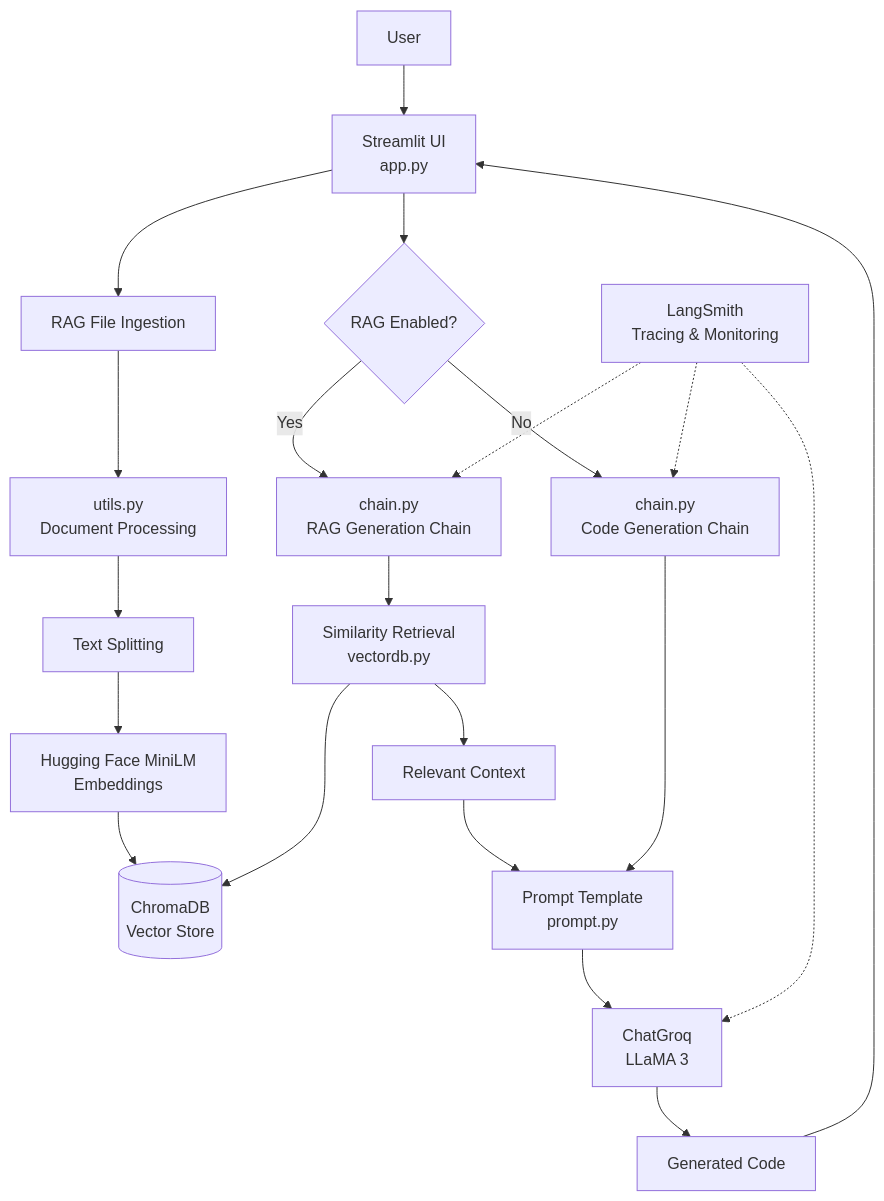
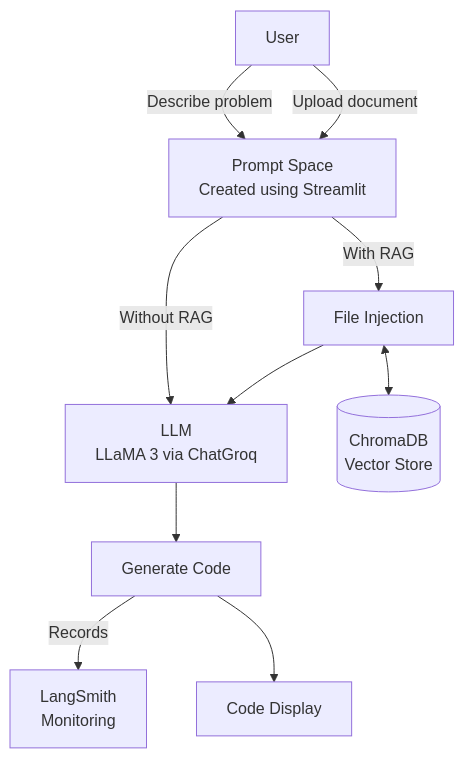
Before and after one commit to VethikaV/Code_Generator_RAG: the first of 2 diagrams in README.md, drawn with Mermaid. The commit also changed other lines of this file, not shown here.

````diff
--- a/README.md
+++ b/README.md
@@ -61,35 +41,21 @@
 ```mermaid
 flowchart TD
 
-    U[User] --> UI[Streamlit UI<br/>app.py]
+    U[User]
 
-    UI --> Q{RAG Enabled?}
+    U -->|Describe problem| PS[Prompt Space<br/>Created using Streamlit]
+    U -->|Upload document| PS
 
-    Q -->|No| C[chain.py<br/>Code Generation Chain]
-    Q -->|Yes| R[chain.py<br/>RAG Generation Chain]
+    PS -->|With RAG| FI[File Injection]
+    PS -->|Without RAG| LLM[LLM<br/>LLaMA 3 via ChatGroq]
 
-    UI --> FI[RAG File Ingestion]
+    FI <--> DB[(ChromaDB<br/>Vector Store)]
 
-    FI --> UT[utils.py<br/>Document Processing]
-    UT --> CH[Text Splitting]
-    CH --> EMB[Hugging Face MiniLM<br/>Embeddings]
-    EMB --> DB[(ChromaDB<br/>Vector Store)]
+    FI --> LLM
 
-    R --> RET[Similarity Retrieval<br/>vectordb.py]
-    RET --> DB
-    RET --> CTX[Relevant Context]
+    LLM --> GC[Generate Code]
 
-    CTX --> P[Prompt Template<br/>prompt.py]
-    C --> P
+    GC -->|Records| LS[LangSmith<br/>Monitoring]
 
-    P --> LLM[ChatGroq<br/>LLaMA 3]
-
-    LLM --> OUT[Generated Code]
-    OUT --> UI
-
-    LS[LangSmith<br/>Tracing & Monitoring]
-
-    LS -.-> C
-    LS -.-> R
-    LS -.-> LLM
+    GC --> CD[Code Display]
 ```
````
